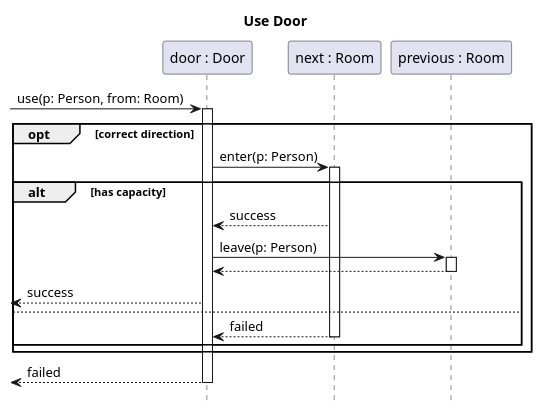
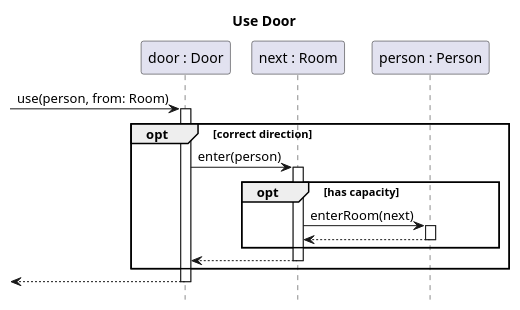
One commit to sn4k3ch4rm3r/logarlec changed the diagram in docs/diagrams/sequence/door.puml. Above: the diagram before and after it, drawn with PlantUML. The commit also changed 3 other files, not shown here.

```diff
--- a/docs/diagrams/sequence/door.puml
+++ b/docs/diagrams/sequence/door.puml
@@ -1,22 +1,18 @@
 @startuml door
 title Use Door
 hide footbox
 participant "door : Door" as door
 participant "next : Room" as next
-participant "previous : Room" as prev
+participant "person : Person" as person
 
-[-> door ++: use(p: Person, from: Room) 
+[-> door ++: use(person, from: Room) 
 opt correct direction
-	door -> next ++: enter(p: Person)
-	alt has capacity
-		next --> door: success
-		door -> prev ++: leave(p: Person)
-		prev --> door --
-		[<-- door : success
-	else
-		next --> door --: failed
-	end
+	door -> next ++: enter(person)
+		opt has capacity
+			next -> person ++: enterRoom(next)
+			return
+		end
+	return
 end
-[<-- door --: failed
-
+return
 @enduml
```
